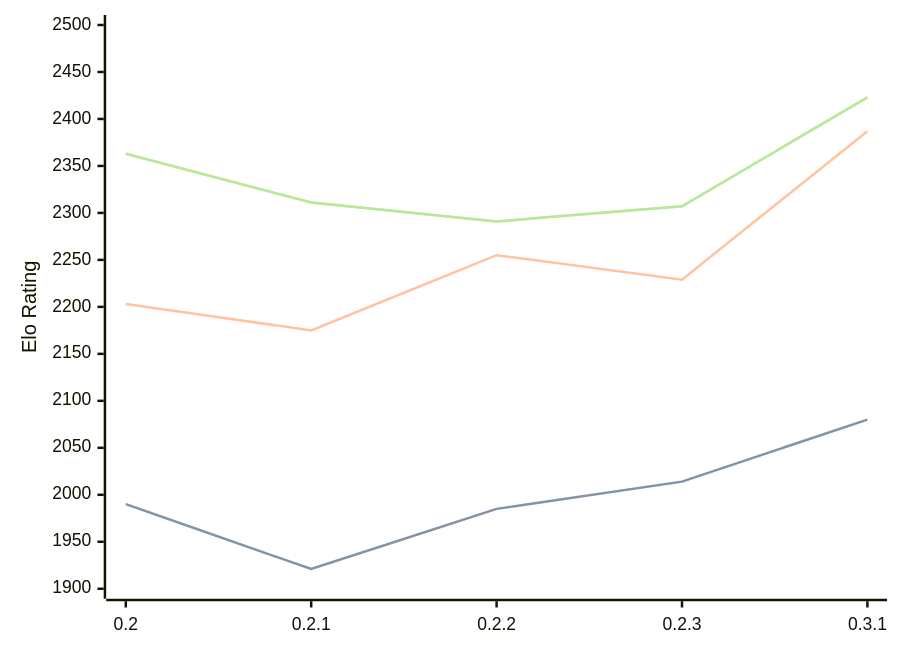
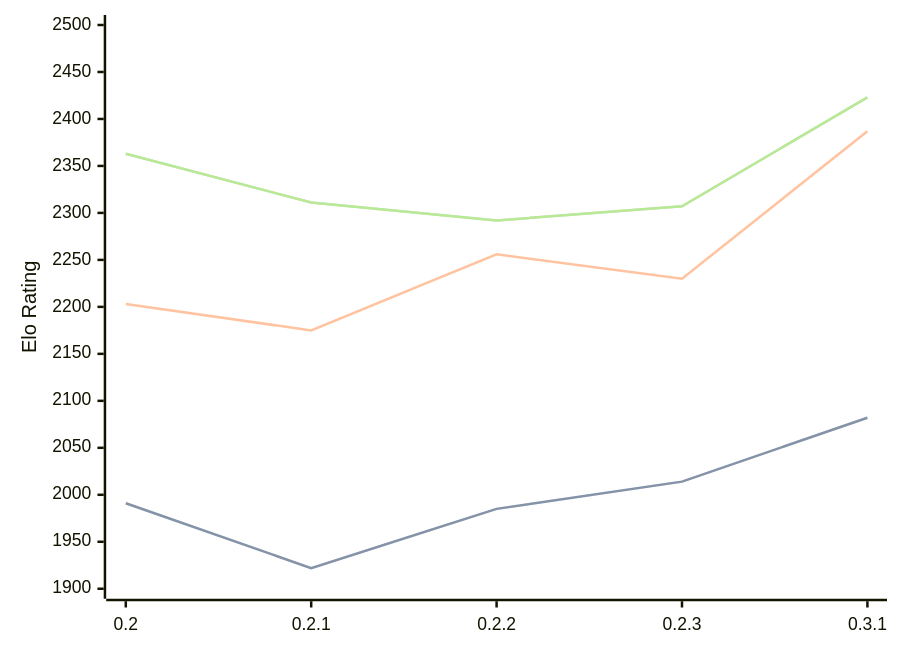
The first of 3 diagrams in engines/Lolbot.md (computer-chess-index/cci), drawn with Mermaid before and after one commit. The commit also changed other lines of this file, not shown here.

Commit message:
Update CCI Ratings (ELO VLTC) - 2026-06-24

````diff
--- a/engines/Lolbot.md
+++ b/engines/Lolbot.md
@@ -36,11 +36,11 @@
 ```mermaid
 %%{init: {"theme":"base","themeVariables":{"seriesColors:['#a3a3a3','#222221','#faa371']}}}%%
 xychart-beta
   x-axis ["0.2", "0.2.1", "0.2.2", "0.2.3", "0.3.1"]
   y-axis "Elo Rating" 1900 --> 2500
-  line "STC (8.0+0.08s)" [1990, 1921, 1985, 2014, 2080]
-  line "STC (8.0+0.08s)" [1990, 1921, 1985, 2014, 2080]
-  line "LTC (60.0+0.60s)" [2203, 2175, 2255, 2229, 2387]
-  line "VLTC (2m24s+1.12s)" [2363, 2311, 2291, 2307, 2423]
-  line "VLTC (2m24s+1.12s)" [2363, 2311, 2291, 2307, 2423]
+  line "STC (8.0+0.08s)" [1991, 1922, 1985, 2014, 2082]
+  line "STC (8.0+0.08s)" [1991, 1922, 1985, 2014, 2082]
+  line "LTC (60.0+0.60s)" [2203, 2175, 2256, 2230, 2387]
+  line "VLTC (2m24s+1.12s)" [2363, 2311, 2292, 2307, 2423]
+  line "VLTC (2m24s+1.12s)" [2363, 2311, 2292, 2307, 2423]
 ```
````
